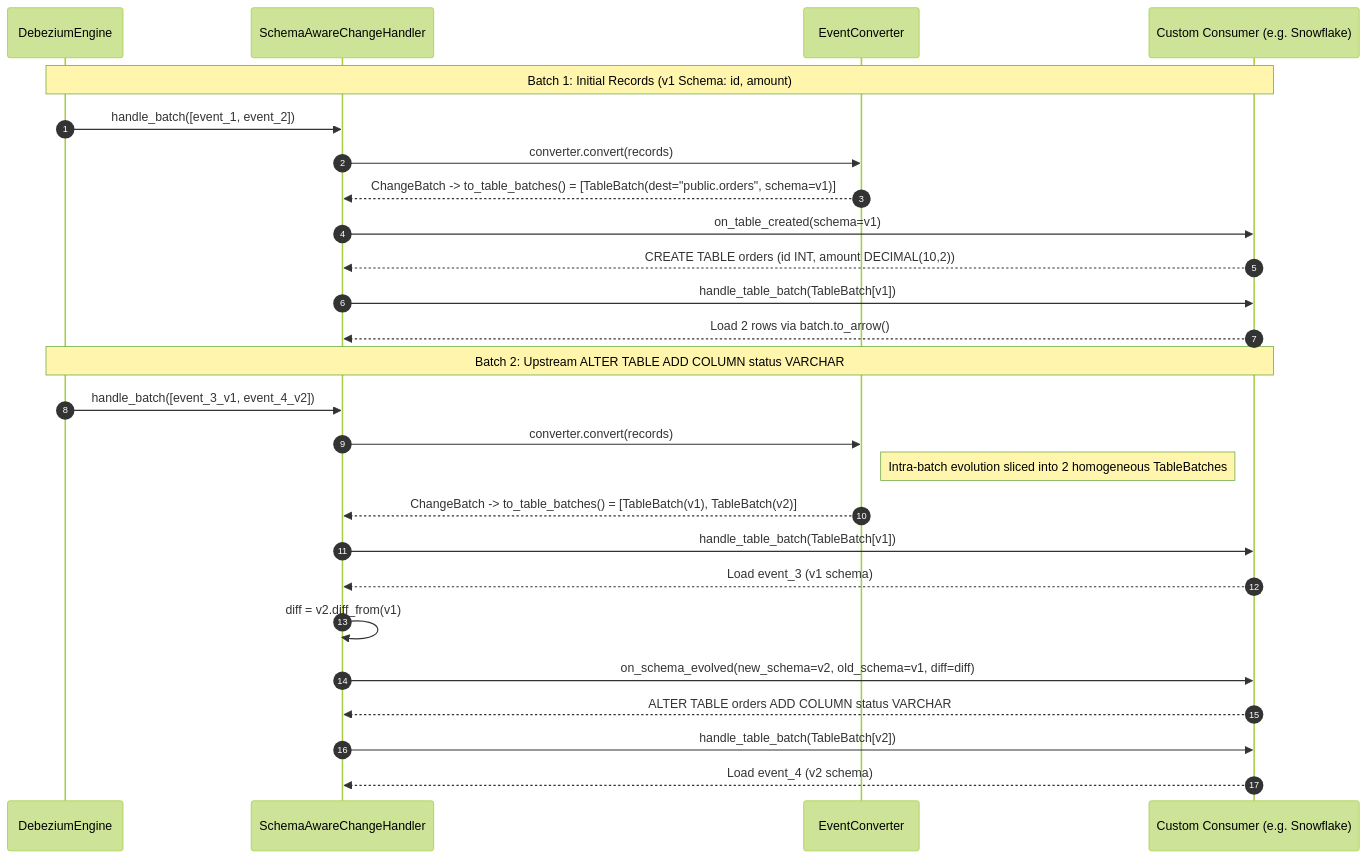
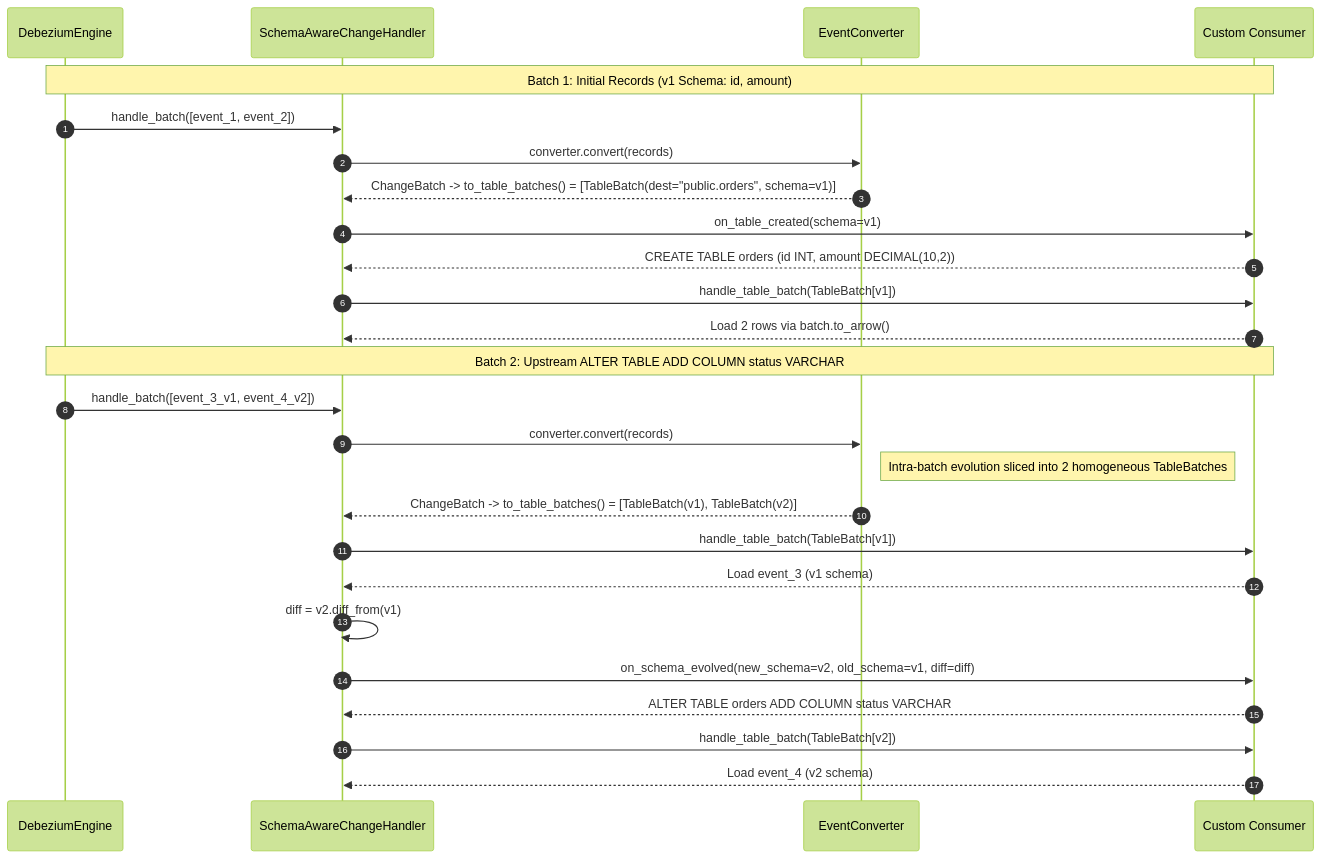
One commit to memiiso/pydbzengine changed the diagram in docs/schema/consumer.md. Above: the diagram before and after it, drawn with Mermaid (forest theme). The commit also changed other lines of this file and 9 other files, not shown here.

````diff
--- a/docs/schema/consumer.md
+++ b/docs/schema/consumer.md
@@ -22,32 +24,32 @@
 ```mermaid
 sequenceDiagram
     autonumber
     participant Engine as DebeziumEngine
     participant Handler as SchemaAwareChangeHandler
     participant Conv as EventConverter
-    participant Sink as Custom Consumer (e.g. Snowflake)
+    participant Sink as Custom Consumer
 
     Note over Engine,Sink: Batch 1: Initial Records (v1 Schema: id, amount)
     Engine->>Handler: handle_batch([event_1, event_2])
     Handler->>Conv: converter.convert(records)
     Conv-->>Handler: ChangeBatch -> to_table_batches() = [TableBatch(dest="public.orders", schema=v1)]
     Handler->>Sink: on_table_created(schema=v1)
     Sink-->>Handler: CREATE TABLE orders (id INT, amount DECIMAL(10,2))
     Handler->>Sink: handle_table_batch(TableBatch[v1])
     Sink-->>Handler: Load 2 rows via batch.to_arrow()
 
     Note over Engine,Sink: Batch 2: Upstream ALTER TABLE ADD COLUMN status VARCHAR
     Engine->>Handler: handle_batch([event_3_v1, event_4_v2])
     Handler->>Conv: converter.convert(records)
     Note right of Conv: Intra-batch evolution sliced into 2 homogeneous TableBatches
     Conv-->>Handler: ChangeBatch -> to_table_batches() = [TableBatch(v1), TableBatch(v2)]
 
     Handler->>Sink: handle_table_batch(TableBatch[v1])
     Sink-->>Handler: Load event_3 (v1 schema)
 
     Handler->>Handler: diff = v2.diff_from(v1)
     Handler->>Sink: on_schema_evolved(new_schema=v2, old_schema=v1, diff=diff)
     Sink-->>Handler: ALTER TABLE orders ADD COLUMN status VARCHAR
     Handler->>Sink: handle_table_batch(TableBatch[v2])
     Sink-->>Handler: Load event_4 (v2 schema)
 ```
````
